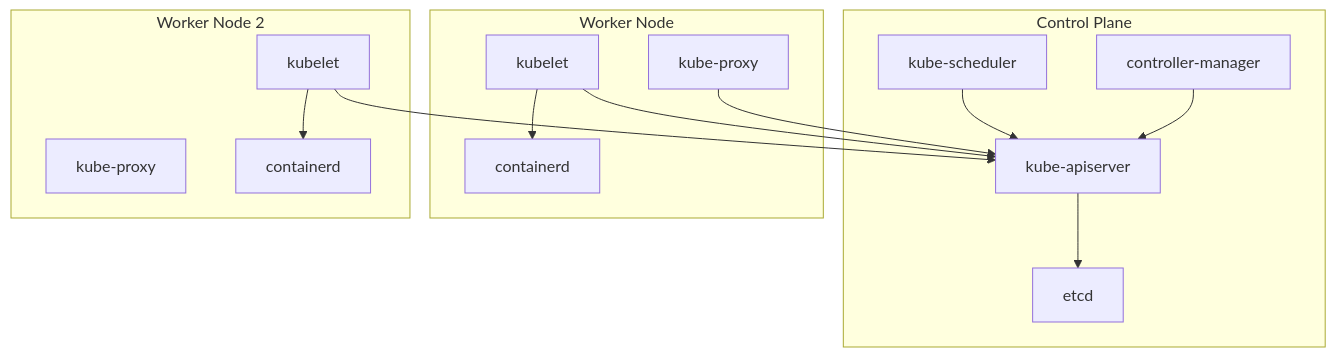
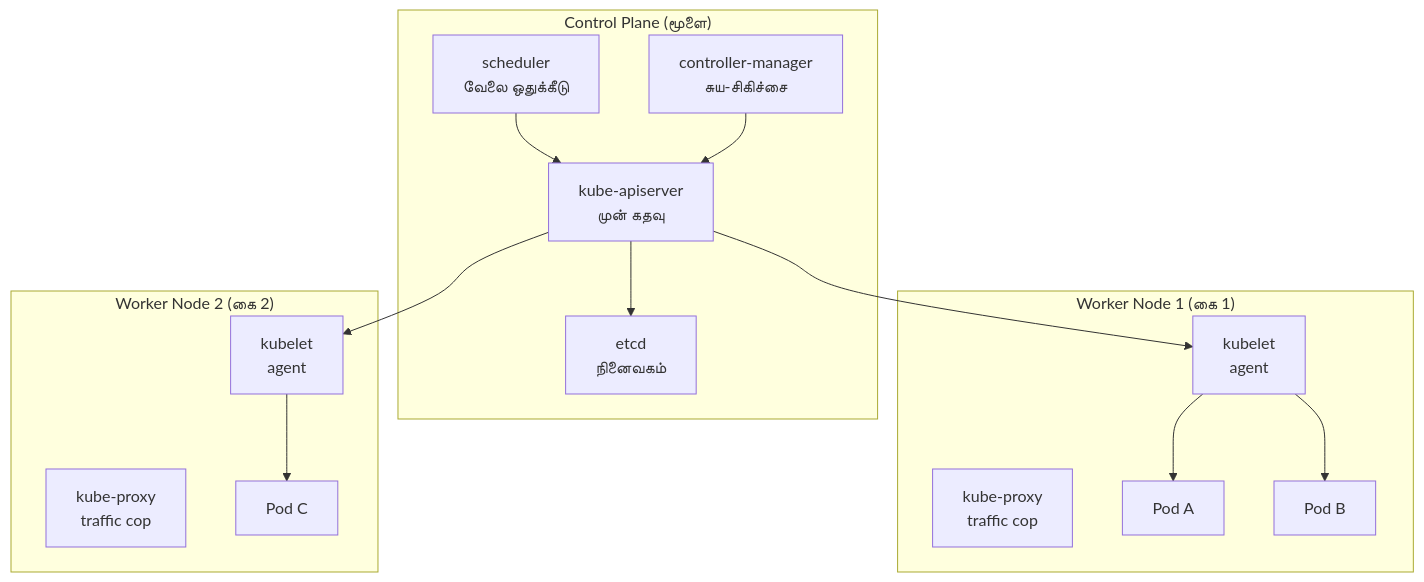
Before and after one commit to sanjaiAI/learning: the diagram in kubernetes/module_01_architecture_internals.md, drawn with Mermaid. The commit also changed other lines of this file and 14 other files, not shown here.

````diff
--- a/kubernetes/module_01_architecture_internals.md
+++ b/kubernetes/module_01_architecture_internals.md
@@ -32,27 +81,31 @@
 ```mermaid
 graph TB
-    subgraph Control Plane
-        API[kube-apiserver]
-        ETCD[etcd]
-        SCHED[kube-scheduler]
-        CM[controller-manager]
+    subgraph "Control Plane (மூளை)"
+        API[kube-apiserver<br/>முன் கதவு]
+        ETCD[etcd<br/>நினைவகம்]
+        SCHED[scheduler<br/>வேலை ஒதுக்கீடு]
+        CM[controller-manager<br/>சுய-சிகிச்சை]
         API --> ETCD
         SCHED --> API
         CM --> API
     end
-    subgraph Worker Node
-        KUB[kubelet]
-        PROXY[kube-proxy]
-        CRI[containerd]
-        KUB --> CRI
-        KUB --> API
-        PROXY --> API
+    
+    subgraph "Worker Node 1 (கை 1)"
+        KUB1[kubelet<br/>agent]
+        PROXY1[kube-proxy<br/>traffic cop]
+        POD1[Pod A]
+        POD2[Pod B]
+        KUB1 --> POD1
+        KUB1 --> POD2
     end
-    subgraph Worker Node 2
-        KUB2[kubelet]
-        PROXY2[kube-proxy]
-        CRI2[containerd]
-        KUB2 --> CRI2
-        KUB2 --> API
+    
+    subgraph "Worker Node 2 (கை 2)"
+        KUB2[kubelet<br/>agent]
+        PROXY2[kube-proxy<br/>traffic cop]
+        POD3[Pod C]
+        KUB2 --> POD3
     end
+    
+    API --> KUB1
+    API --> KUB2
 ```
````
